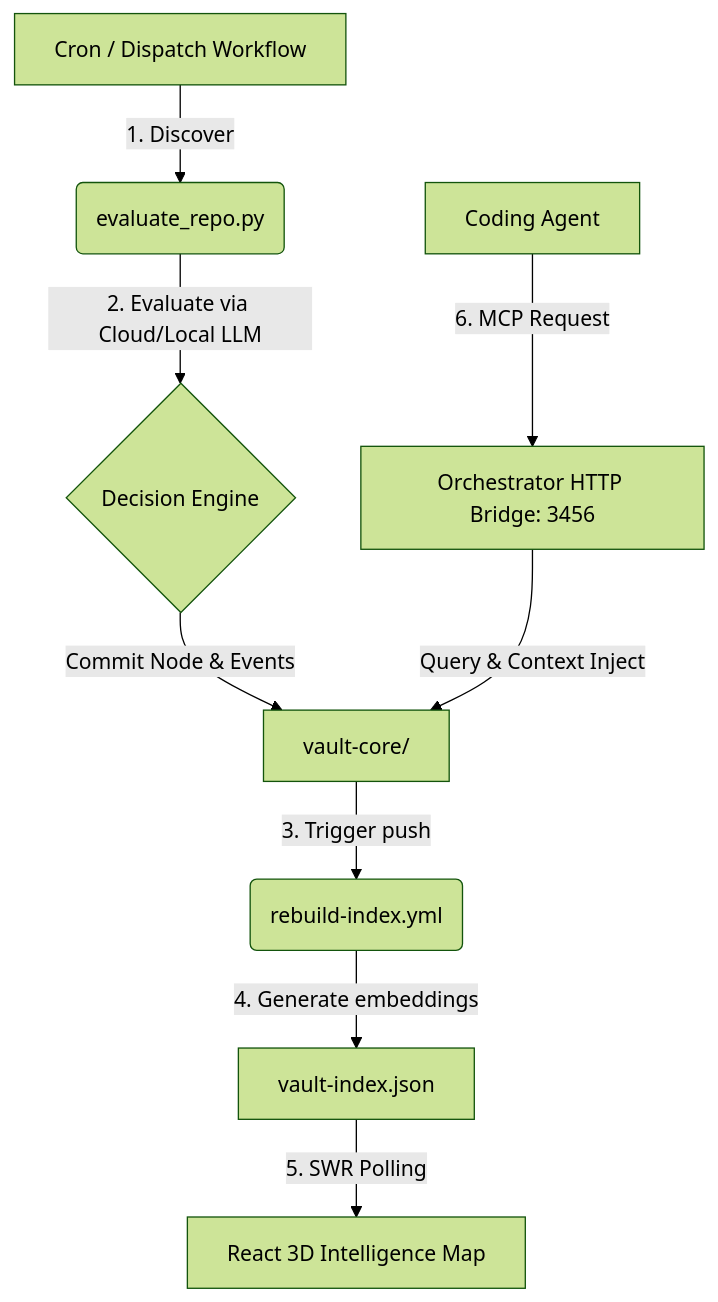
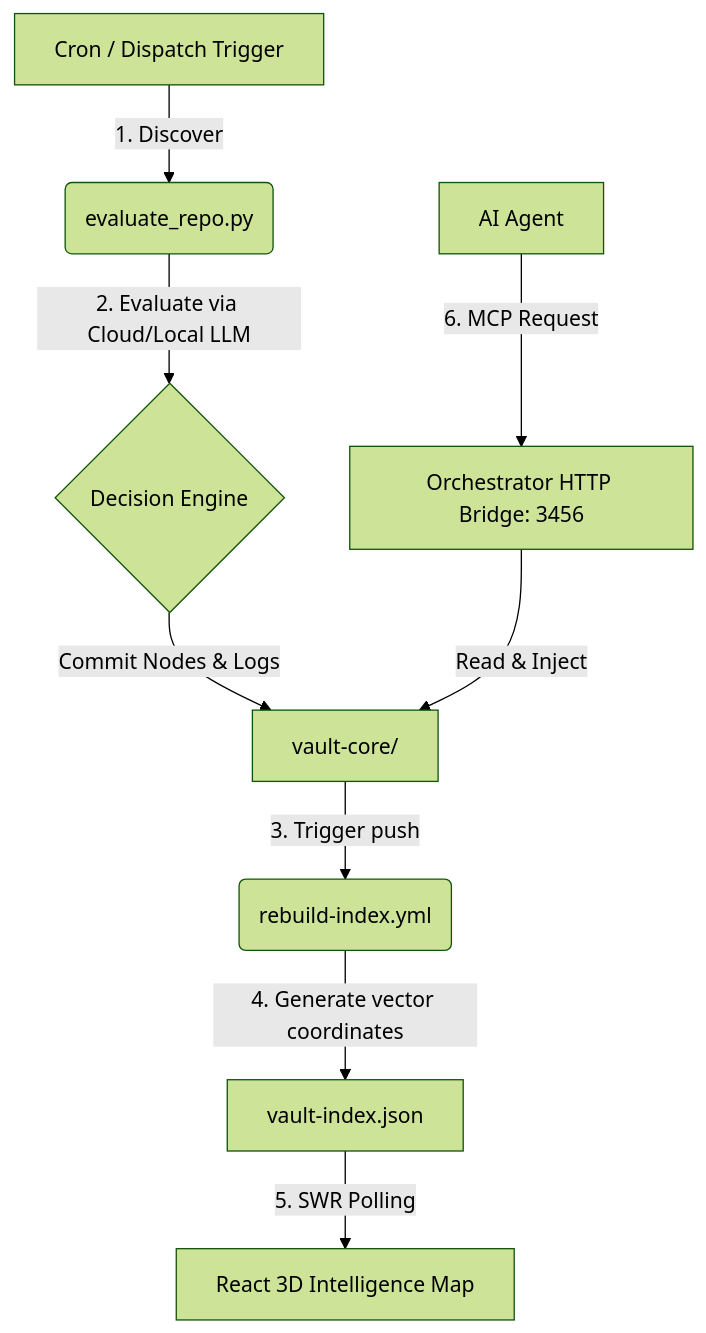
One commit to SAIRAMANALADI/vybe-intelligence-vault changed the diagram in README.md. Above: the diagram before and after it, drawn with Mermaid (forest theme). The commit also changed other lines of this file and 2 other files, not shown here.

Commit message:
docs: finalize classy README.md and stats in vault

````diff
--- a/README.md
+++ b/README.md
@@ -180,11 +86,11 @@
 ```mermaid
 graph TD
-    A[Cron / Dispatch Workflow] -->|1. Discover| B(evaluate_repo.py)
+    A[Cron / Dispatch Trigger] -->|1. Discover| B(evaluate_repo.py)
     B -->|2. Evaluate via Cloud/Local LLM| C{Decision Engine}
-    C -->|Commit Node & Events| D[vault-core/]
+    C -->|Commit Nodes & Logs| D[vault-core/]
     D -->|3. Trigger push| E(rebuild-index.yml)
-    E -->|4. Generate embeddings| F[vault-index.json]
+    E -->|4. Generate vector coordinates| F[vault-index.json]
     F -->|5. SWR Polling| G[React 3D Intelligence Map]
-    H[Coding Agent] -->|6. MCP Request| I[Orchestrator HTTP Bridge: 3456]
-    I -->|Query & Context Inject| D
+    H[AI Agent] -->|6. MCP Request| I[Orchestrator HTTP Bridge: 3456]
+    I -->|Read & Inject| D
 ```
````
